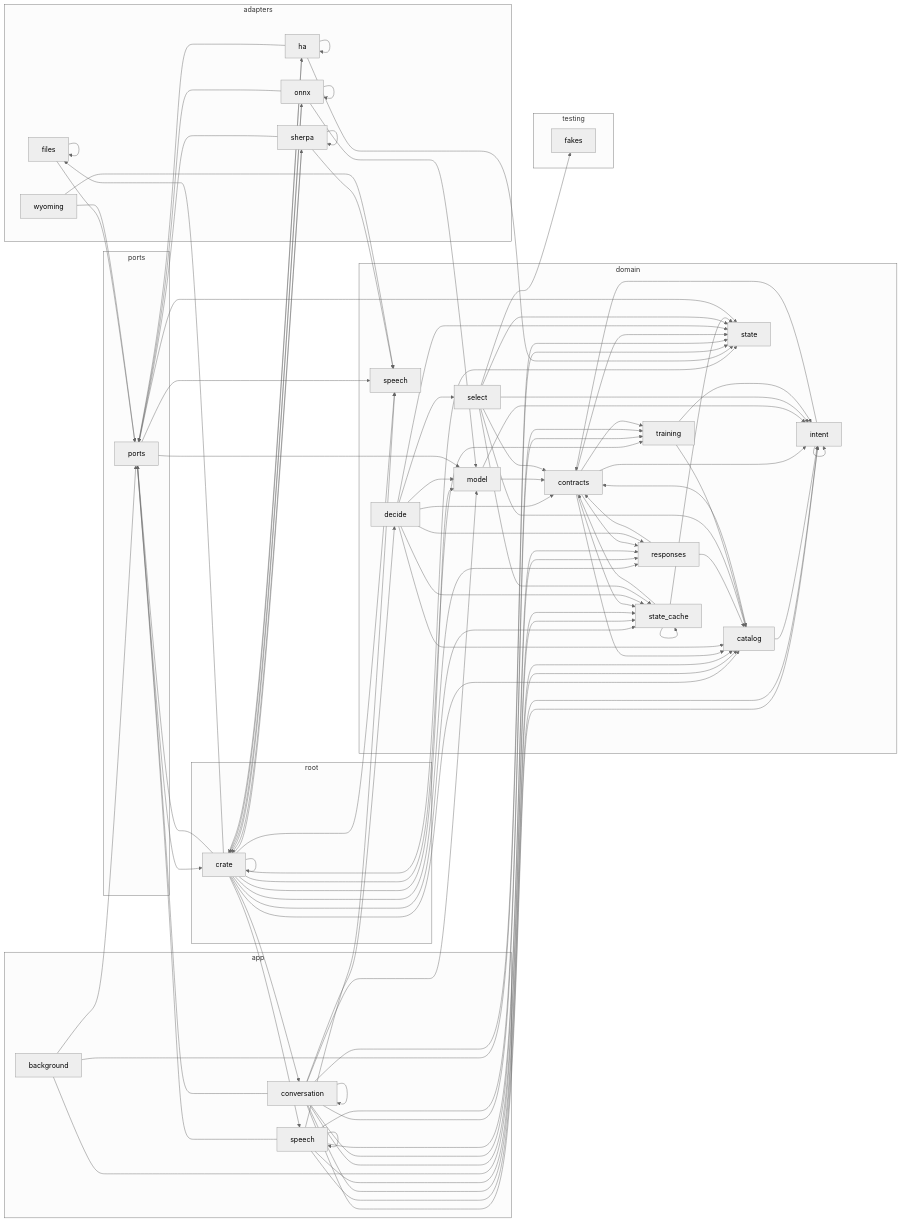
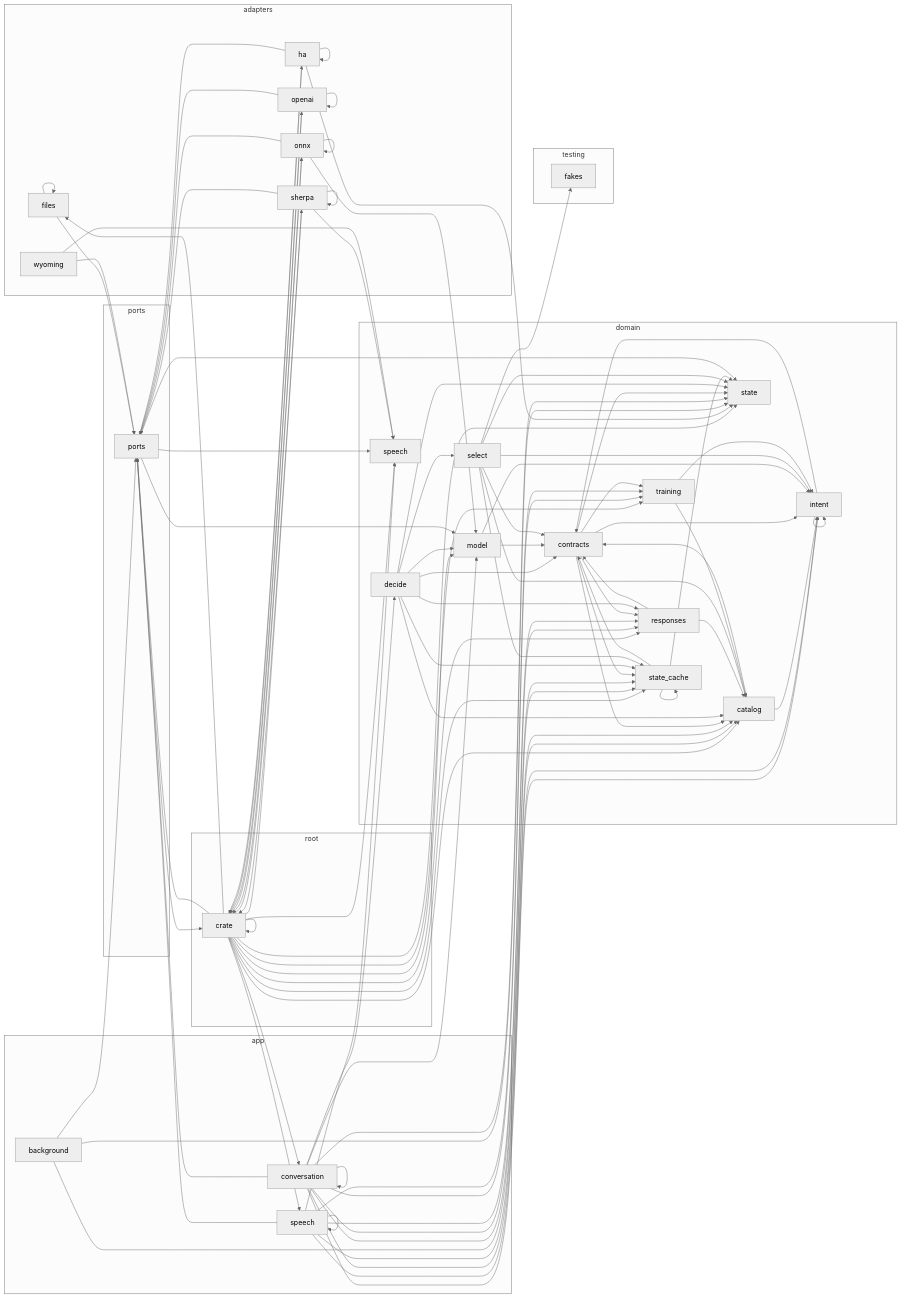
Before and after one commit to louislang/ha-jarvis: the diagram in docs/architecture.md, drawn with Mermaid (neutral theme). The commit also changed 8 other files, not shown here.

```diff
--- a/docs/architecture.md
+++ b/docs/architecture.md
@@ -8,6 +8,7 @@
         crate_adapters_files[files]
         crate_adapters_ha[ha]
         crate_adapters_onnx[onnx]
+        crate_adapters_openai[openai]
         crate_adapters_sherpa[sherpa]
         crate_adapters_wyoming[wyoming]
     end
@@ -42,6 +43,7 @@
     crate --> crate_adapters_files
     crate --> crate_adapters_ha
     crate --> crate_adapters_onnx
+    crate --> crate_adapters_openai
     crate --> crate_adapters_sherpa
     crate --> crate_app_conversation
     crate --> crate_app_speech
@@ -63,6 +65,9 @@
     crate_adapters_onnx --> crate_adapters_onnx
     crate_adapters_onnx --> crate_domain_model
     crate_adapters_onnx --> crate_ports
+    crate_adapters_openai --> crate
+    crate_adapters_openai --> crate_adapters_openai
+    crate_adapters_openai --> crate_ports
     crate_adapters_sherpa --> crate
     crate_adapters_sherpa --> crate_adapters_sherpa
     crate_adapters_sherpa --> crate_domain_speech
```
